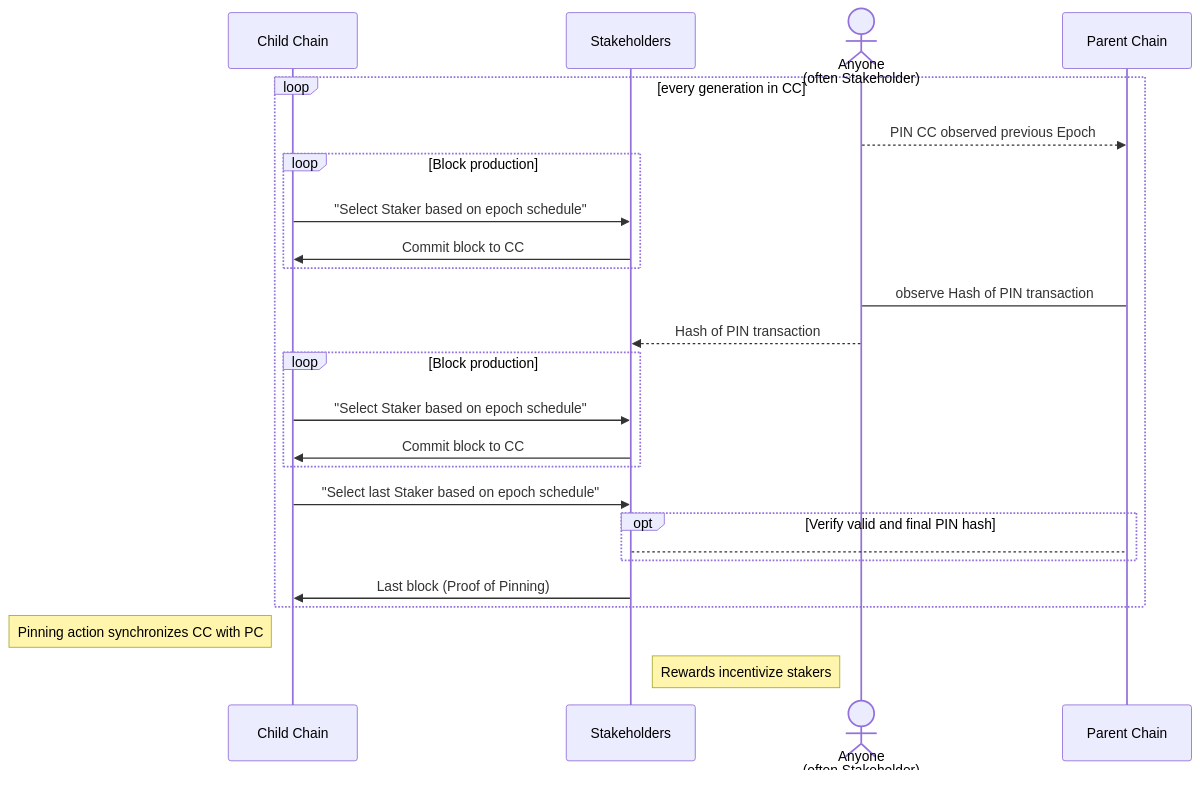
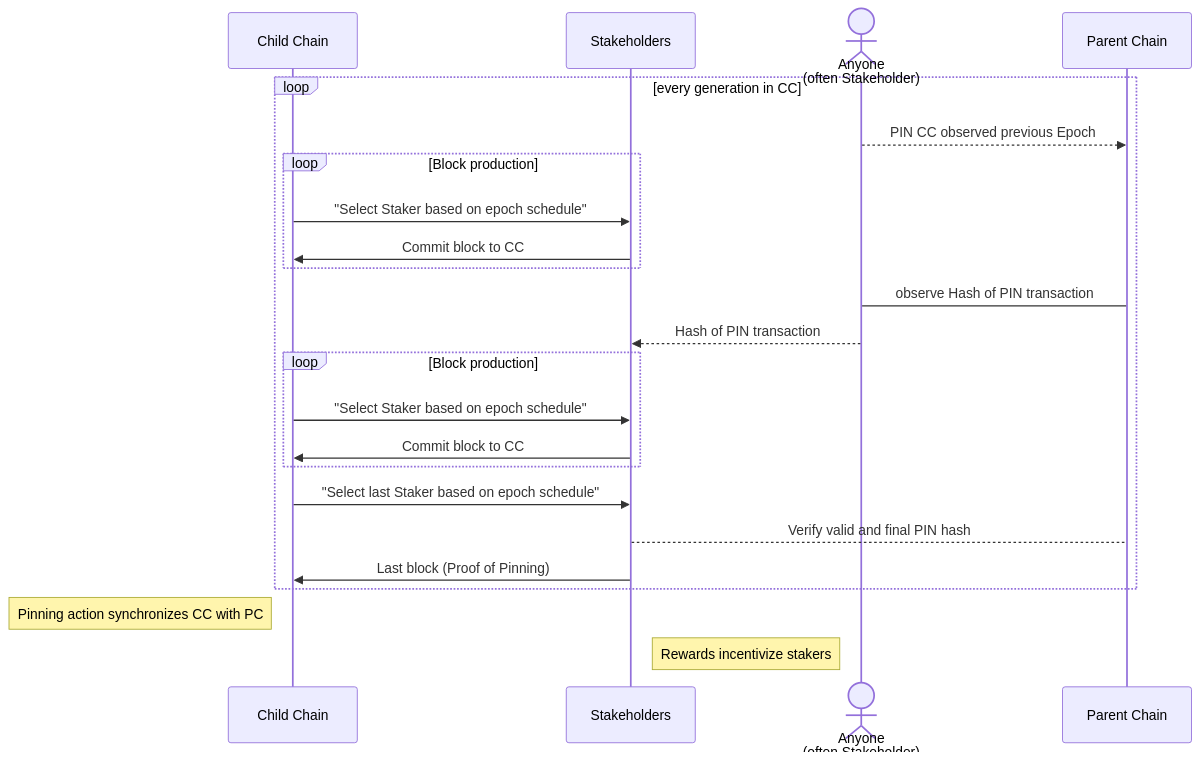
One commit to aeternity/hyperchains-whitepaper changed the second of 9 diagrams in Periodically-Syncing-HyperChains.md. Above: the diagram before and after it, drawn with Mermaid.

````diff
--- a/Periodically-Syncing-HyperChains.md
+++ b/Periodically-Syncing-HyperChains.md
@@ -282,30 +282,28 @@
 ```mermaid
 sequenceDiagram
     participant CC as Child Chain
     participant S as Stakeholders
     actor User as Anyone<br>(often Stakeholder)
     participant PC as Parent Chain
 
     loop every generation in CC
 
       User -->> PC: PIN CC observed previous Epoch
       loop Block production
         CC->>S: "Select Staker based on epoch schedule"
         S->>CC: Commit block to CC
       end
       User -> PC: observe Hash of PIN transaction
       User -->> S: Hash of PIN transaction
       loop Block production
         CC->>S: "Select Staker based on epoch schedule"
         S->>CC: Commit block to CC
       end
       CC->>S: "Select last Staker based on epoch schedule"
-      opt Verify valid and final PIN hash
-         S-->PC:
-      end
+      S-->PC: Verify valid and final PIN hash
       S->>CC: Last block (Proof of Pinning)
     end
 
    Note left of CC: Pinning action synchronizes CC with PC
    Note right of S: Rewards incentivize stakers
 ```
````
